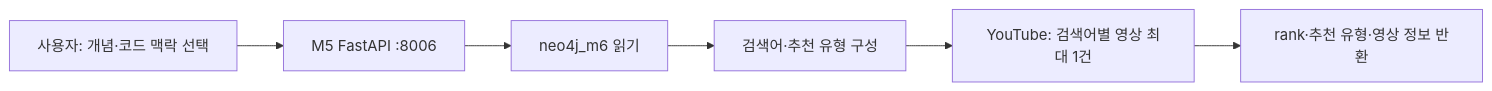
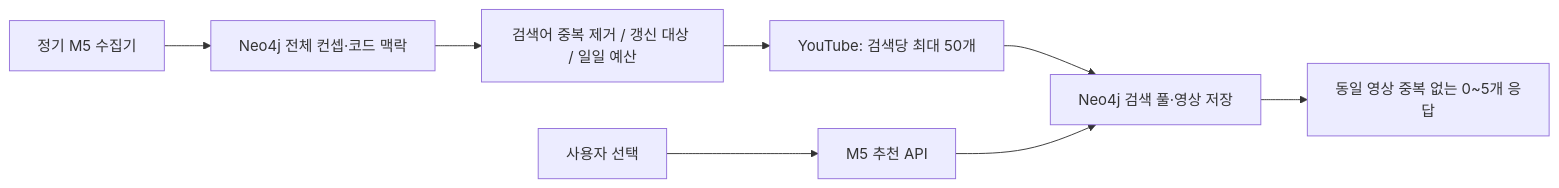
The diagram in docs/MODULE_5_GRAPH_YOUTUBE_RULE.md (ann-star20/Code-Shepherd), drawn with Mermaid before and after one commit. The commit also changed other lines of this file and 39 other files, not shown here.

Commit message:
feat(m5): persist YouTube recommendations with scheduled refresh and HITL docs

````diff
--- a/docs/MODULE_5_GRAPH_YOUTUBE_RULE.md
+++ b/docs/MODULE_5_GRAPH_YOUTUBE_RULE.md
@@ -11,8 +11,10 @@
 ```mermaid
 flowchart LR
-    U["사용자: 개념·코드 맥락 선택"] --> API["M5 FastAPI :8006"]
-    API --> READ["neo4j_m6 읽기"]
-    READ --> Q["검색어·추천 유형 구성"]
-    Q --> YT["YouTube: 검색어별 영상 최대 1건"]
-    YT --> V["rank·추천 유형·영상 정보 반환"]
+    S["정기 M5 수집기"] --> C["Neo4j 전체 컨셉·코드 맥락"]
+    C --> Q["검색어 중복 제거 / 갱신 대상 / 일일 예산"]
+    Q --> Y["YouTube: 검색당 최대 50개"]
+    Y --> W["Neo4j 검색 풀·영상 저장"]
+    U["사용자 선택"] --> API["M5 추천 API"]
+    API --> W
+    W --> R["동일 영상 중복 없는 0~5개 응답"]
 ```
````
